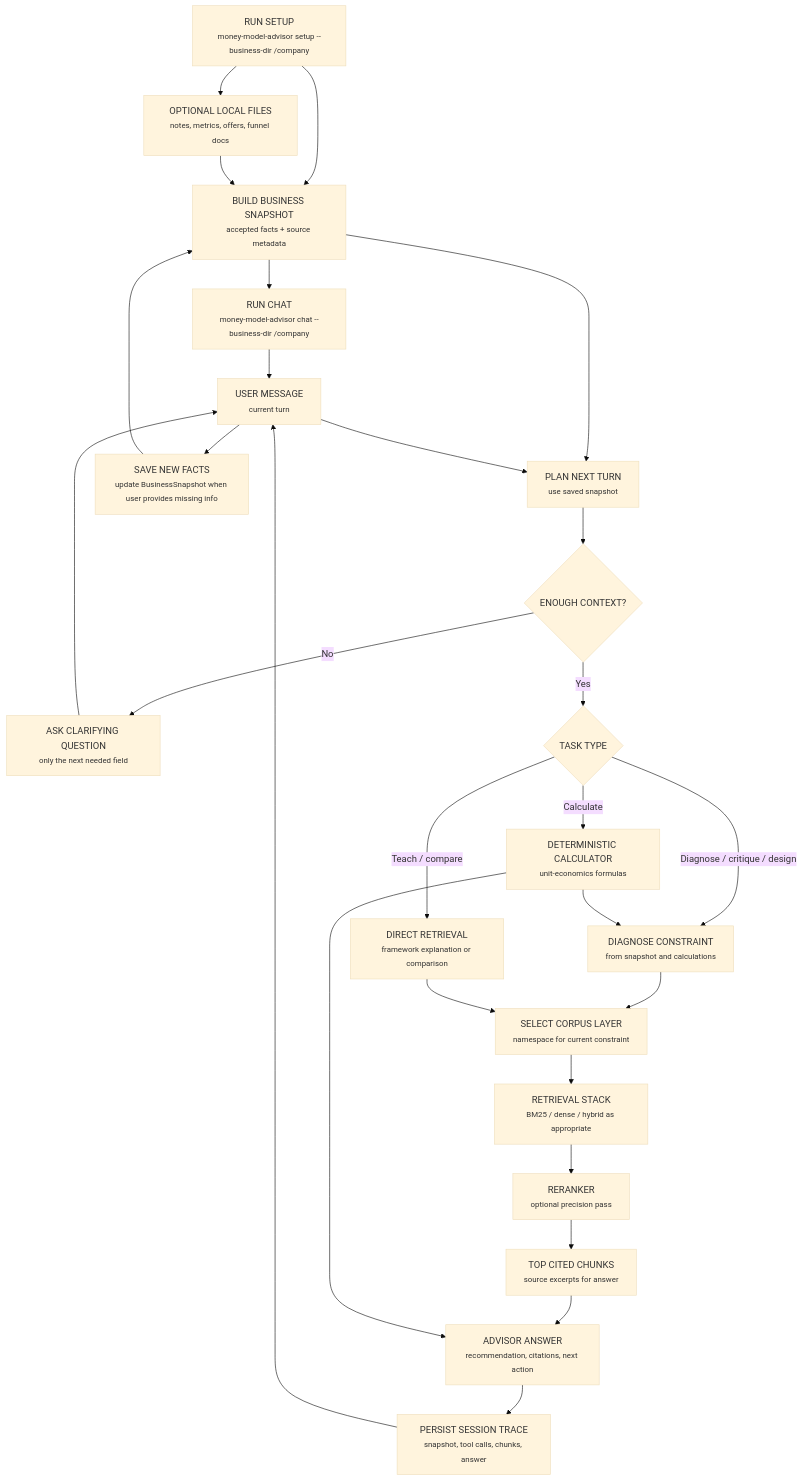
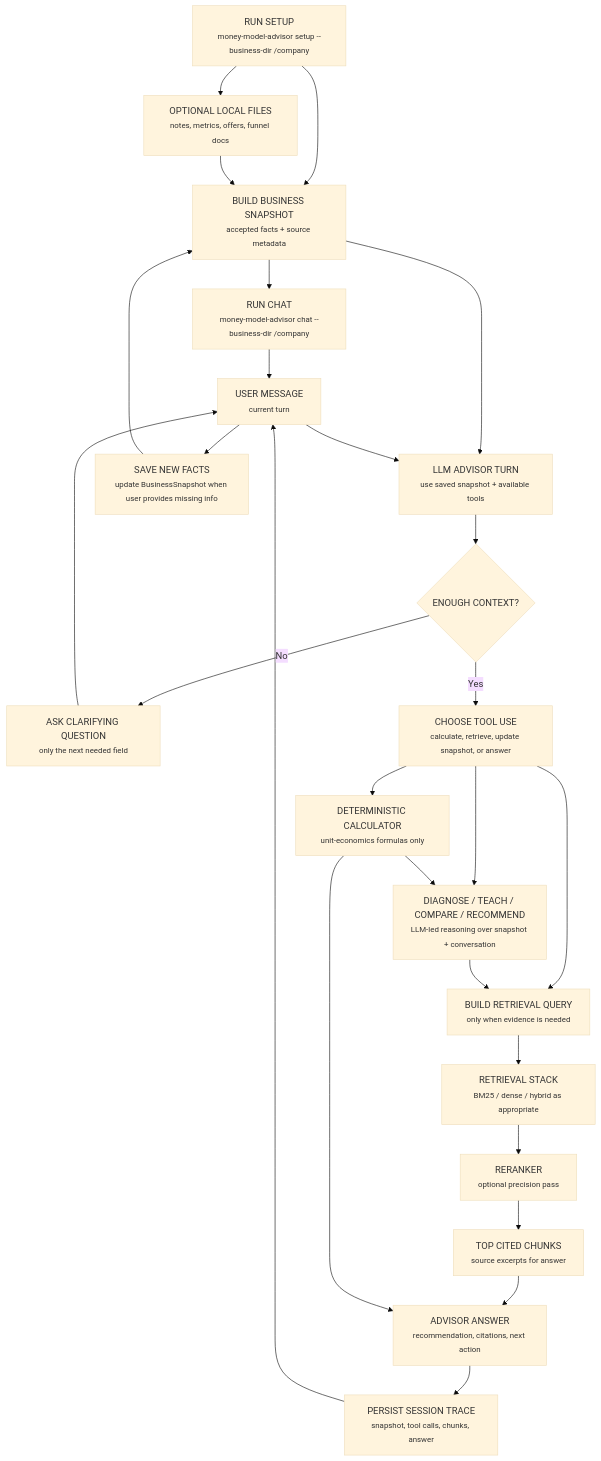
Before and after one commit to nine4-team/money-models-advisor: the diagram in IMPLEMENTATION_PLAN.md, drawn with Mermaid (base theme). The commit also changed other lines of this file and 5 other files, not shown here.

Commit message:
Align advisor architecture with LLM-led turns

````diff
--- a/IMPLEMENTATION_PLAN.md
+++ b/IMPLEMENTATION_PLAN.md
@@ -36,35 +36,34 @@
 ```mermaid
 flowchart TD
   A["RUN SETUP<br/><small>money-model-advisor setup --business-dir /company</small>"] --> B["OPTIONAL LOCAL FILES<br/><small>notes, metrics, offers, funnel docs</small>"]
   A --> C["BUILD BUSINESS SNAPSHOT<br/><small>accepted facts + source metadata</small>"]
   B --> C
 
   C --> D["RUN CHAT<br/><small>money-model-advisor chat --business-dir /company</small>"]
   D --> E["USER MESSAGE<br/><small>current turn</small>"]
-  C --> F["PLAN NEXT TURN<br/><small>use saved snapshot</small>"]
+  C --> F["LLM ADVISOR TURN<br/><small>use saved snapshot + available tools</small>"]
   E --> F
 
   F --> G{"ENOUGH CONTEXT?"}
   G -- "No" --> H["ASK CLARIFYING QUESTION<br/><small>only the next needed field</small>"]
   H --> E
   E --> S["SAVE NEW FACTS<br/><small>update BusinessSnapshot when user provides missing info</small>"]
   S --> C
 
-  G -- "Yes" --> I{"TASK TYPE"}
-  I -- "Calculate" --> J["DETERMINISTIC CALCULATOR<br/><small>unit-economics formulas</small>"]
-  I -- "Diagnose / critique / design" --> K["DIAGNOSE CONSTRAINT<br/><small>from snapshot and calculations</small>"]
-  I -- "Teach / compare" --> L["DIRECT RETRIEVAL<br/><small>framework explanation or comparison</small>"]
+  G -- "Yes" --> I["CHOOSE TOOL USE<br/><small>calculate, retrieve, update snapshot, or answer</small>"]
+  I --> J["DETERMINISTIC CALCULATOR<br/><small>unit-economics formulas only</small>"]
+  I --> K["DIAGNOSE / TEACH / COMPARE / RECOMMEND<br/><small>LLM-led reasoning over snapshot + conversation</small>"]
+  I --> M["BUILD RETRIEVAL QUERY<br/><small>only when evidence is needed</small>"]
 
   J --> K
-  K --> M["SELECT CORPUS LAYER<br/><small>namespace for current constraint</small>"]
-  L --> M
+  K --> M
 
   M --> N["RETRIEVAL STACK<br/><small>BM25 / dense / hybrid as appropriate</small>"]
   N --> O["RERANKER<br/><small>optional precision pass</small>"]
   O --> P["TOP CITED CHUNKS<br/><small>source excerpts for answer</small>"]
 
   P --> Q["ADVISOR ANSWER<br/><small>recommendation, citations, next action</small>"]
   J --> Q
   Q --> R["PERSIST SESSION TRACE<br/><small>snapshot, tool calls, chunks, answer</small>"]
   R --> E
 ```
````
